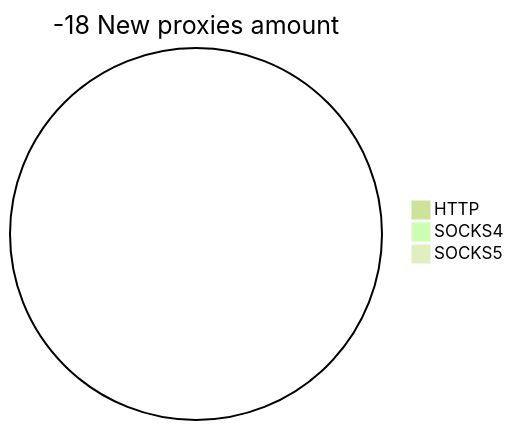
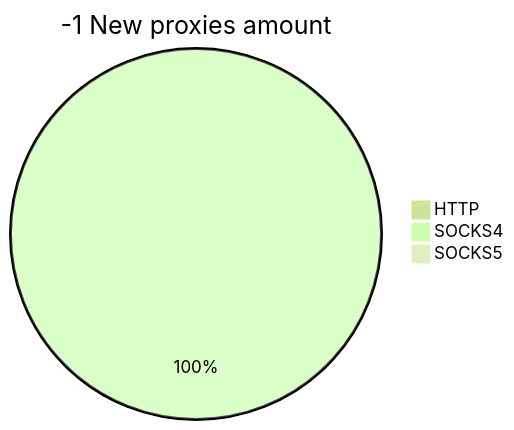
One commit to cutipu/proxylist changed the second of 2 diagrams in README.md. Above: the diagram before and after it, drawn with Mermaid (forest theme). The commit also changed other lines of this file, not shown here.

````diff
--- a/README.md
+++ b/README.md
@@ -10,6 +10,6 @@
 ```mermaid
-pie title -18 New proxies amount
+pie title -1 New proxies amount
     "HTTP" : 0
-    "SOCKS4" : 0
+    "SOCKS4" : 1
     "SOCKS5" : 0
 ```
````
